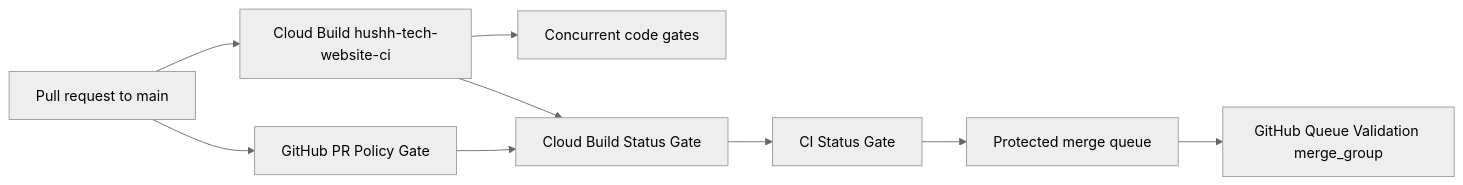
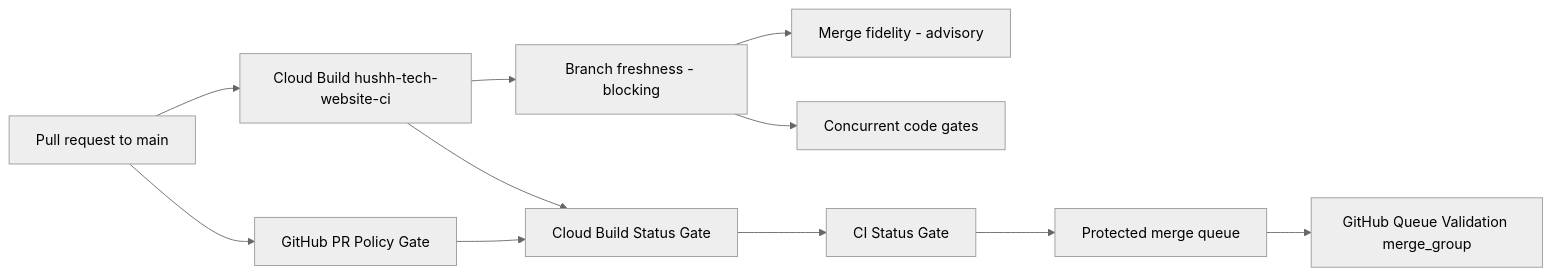
One commit to aniket866/hushh_Tech_website changed the diagram in docs/reference/operations/cloudbuild-ci.md. Above: the diagram before and after it, drawn with Mermaid (neutral theme). The commit also changed other lines of this file and 166 other files, not shown here.

````diff
--- a/docs/reference/operations/cloudbuild-ci.md
+++ b/docs/reference/operations/cloudbuild-ci.md
@@ -12,11 +12,13 @@
 ```mermaid
 flowchart LR
   PR[Pull request to main] --> CB[Cloud Build hushh-tech-website-ci]
-  CB --> FAN[Concurrent code gates]
+  CB --> FRESH[Branch freshness - blocking]
+  FRESH --> FID[Merge fidelity - advisory]
+  FRESH --> FAN[Concurrent code gates]
   PR --> PP[GitHub PR Policy Gate]
   CB --> SG[Cloud Build Status Gate]
   PP --> SG
   SG --> STATUS[CI Status Gate]
   STATUS --> MQ[Protected merge queue]
   MQ --> QV[GitHub Queue Validation merge_group]
 ```
````
